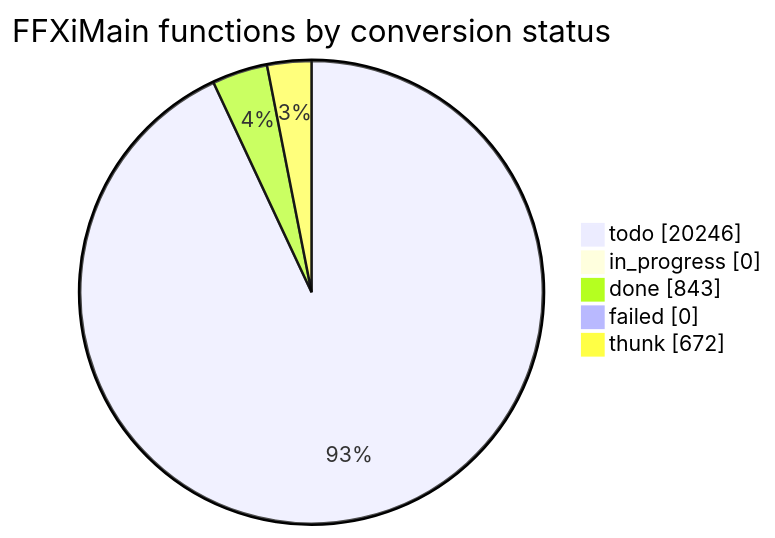
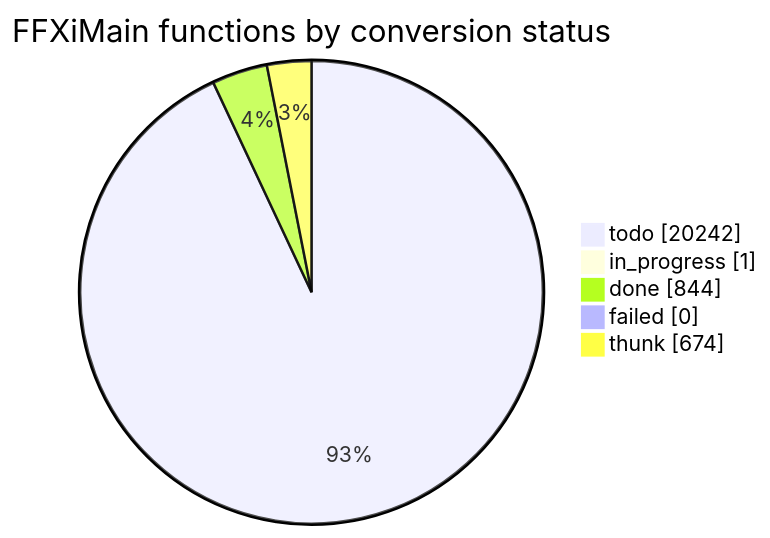
Before and after one commit to cowrevenge/cow_kuluu_xi_anything: the diagram in docs/cow/STATUS.md, drawn with Mermaid. The commit also changed other lines of this file and 9 other files, not shown here.

````diff
--- a/docs/cow/STATUS.md
+++ b/docs/cow/STATUS.md
@@ -18,9 +18,9 @@
 ```mermaid
 pie showData
     title FFXiMain functions by conversion status
-    "todo" : 20246
-    "in_progress" : 0
-    "done" : 843
+    "todo" : 20242
+    "in_progress" : 1
+    "done" : 844
     "failed" : 0
-    "thunk" : 672
+    "thunk" : 674
 ```
````
